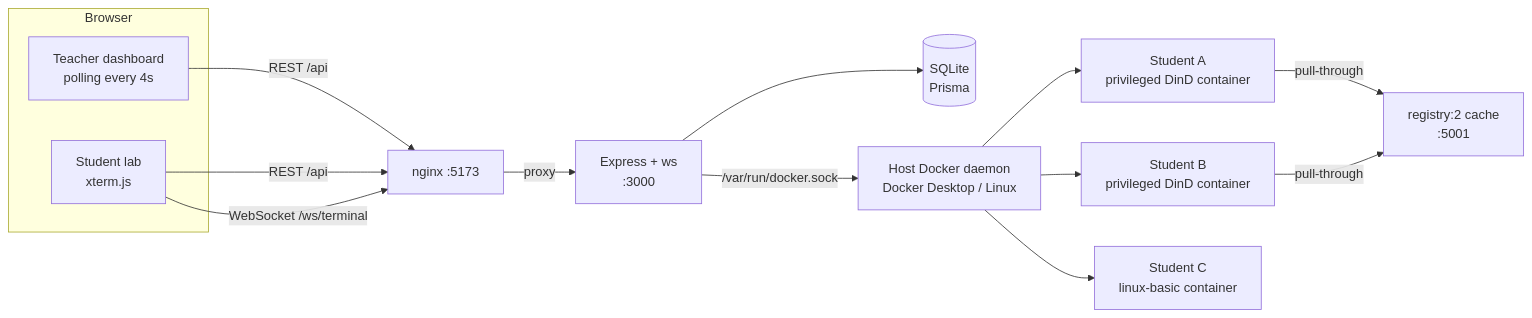
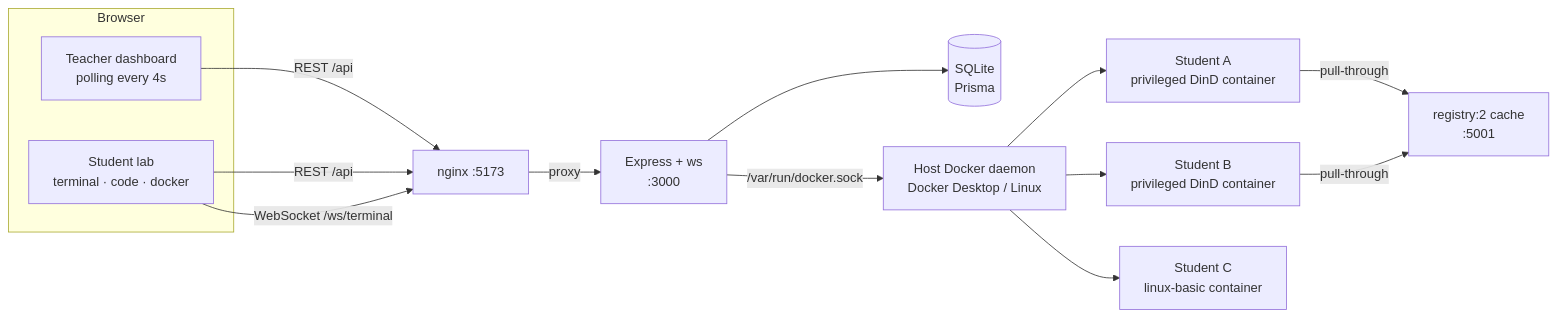
Before and after one commit to AdityaFattepure/VLAB: the first of 3 diagrams in README.md, drawn with Mermaid. The commit also changed other lines of this file and 17 other files, not shown here.

````diff
--- a/README.md
+++ b/README.md
@@ -105,22 +109,22 @@
 ```mermaid
 flowchart LR
     subgraph Browser
         T[Teacher dashboard<br/>polling every 4s]
-        S[Student lab<br/>xterm.js]
+        S[Student lab<br/>terminal · code · docker]
     end
 
     T -->|REST /api| N[nginx :5173]
     S -->|REST /api| N
     S -->|WebSocket /ws/terminal| N
 
     N -->|proxy| A[Express + ws<br/>:3000]
     A --> DB[(SQLite<br/>Prisma)]
     A -->|/var/run/docker.sock| H[Host Docker daemon<br/>Docker Desktop / Linux]
 
     H --> L1[Student A<br/>privileged DinD container]
     H --> L2[Student B<br/>privileged DinD container]
     H --> L3[Student C<br/>linux-basic container]
 
     L1 -->|pull-through| R[registry:2 cache<br/>:5001]
     L2 -->|pull-through| R
 ```
````
